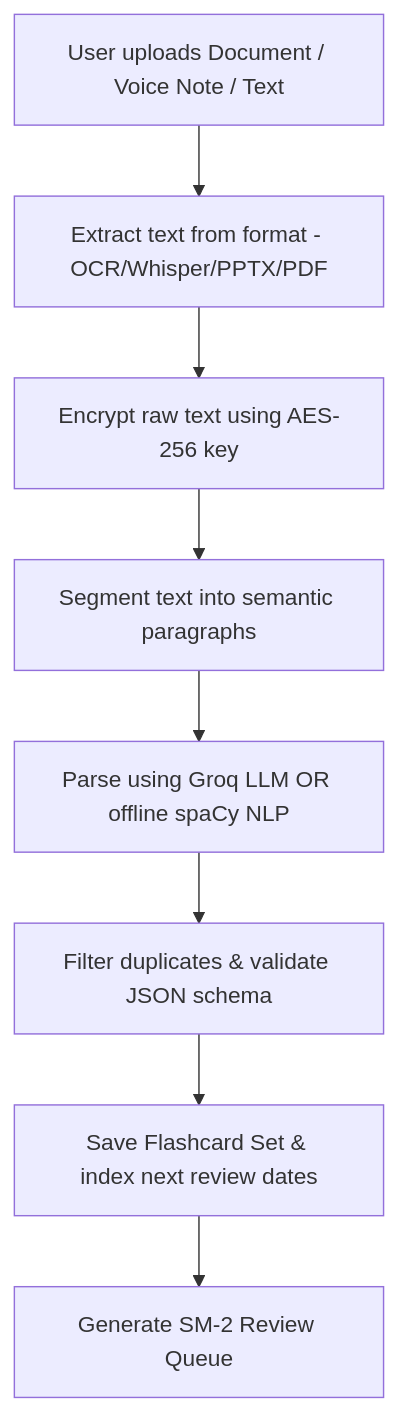
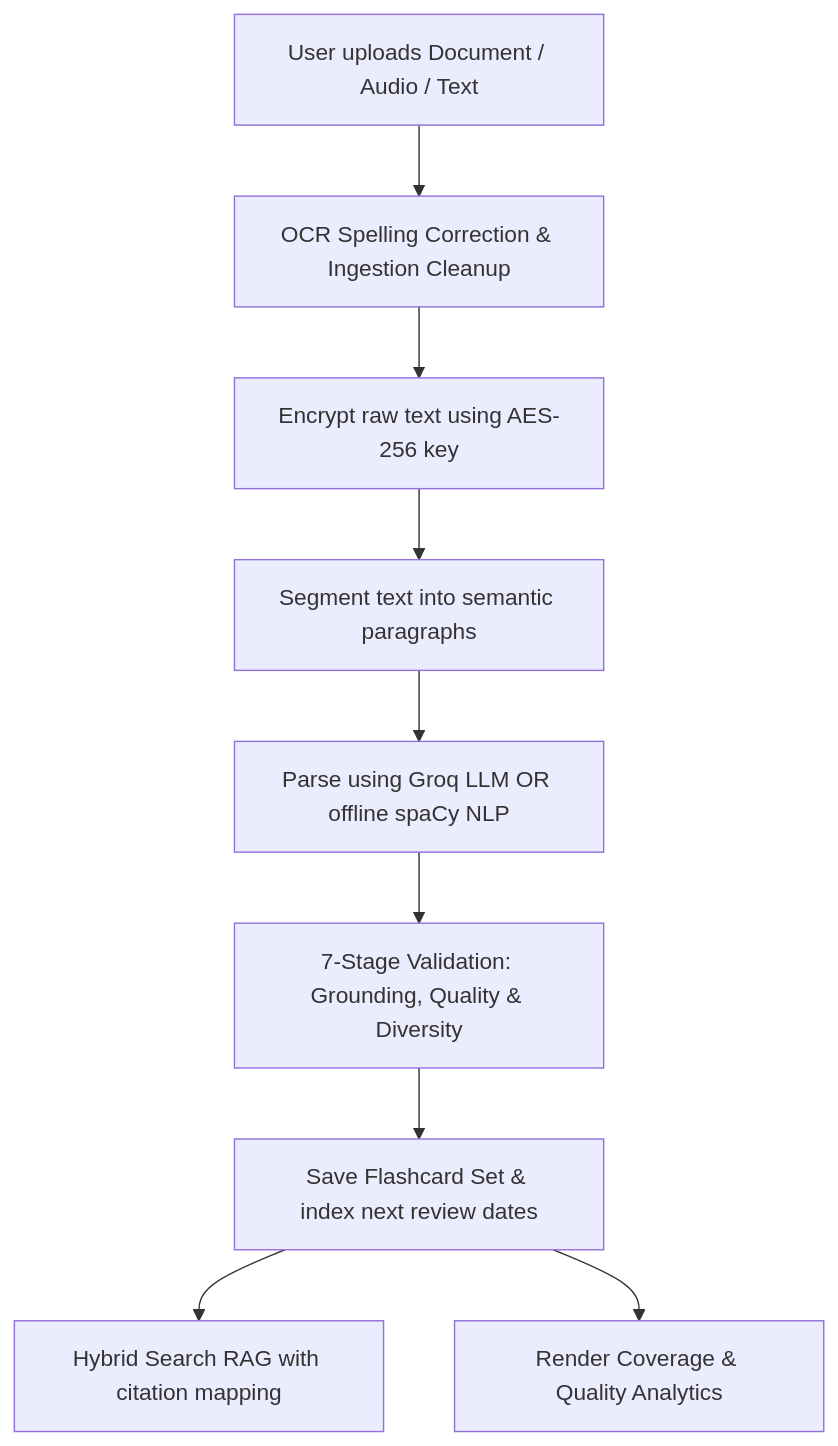
Before and after one commit to sanjaikumarkaleeswaran/FlashCardGenerator: the second of 2 diagrams in README.md, drawn with Mermaid. The commit also changed other lines of this file, not shown here.

````diff
--- a/README.md
+++ b/README.md
@@ -98,19 +98,21 @@
 ```mermaid
 flowchart TD
-  Upload[User uploads Document / Voice Note / Text]
-  Extract[Extract text from format - OCR/Whisper/PPTX/PDF]
+  Upload[User uploads Document / Audio / Text]
+  Clean[OCR Spelling Correction & Ingestion Cleanup]
   Encrypt[Encrypt raw text using AES-256 key]
   Chunk[Segment text into semantic paragraphs]
   Parse[Parse using Groq LLM OR offline spaCy NLP]
-  Validate[Filter duplicates & validate JSON schema]
+  Validate[7-Stage Validation: Grounding, Quality & Diversity]
   Save[Save Flashcard Set & index next review dates]
-  Review[Generate SM-2 Review Queue]
+  RAG[Hybrid Search RAG with citation mapping]
+  Dashboard[Render Coverage & Quality Analytics]
 
-  Upload --> Extract
-  Extract --> Encrypt
+  Upload --> Clean
+  Clean --> Encrypt
   Encrypt --> Chunk
   Chunk --> Parse
   Parse --> Validate
   Validate --> Save
-  Save --> Review
+  Save --> RAG
+  Save --> Dashboard
 ```
````
